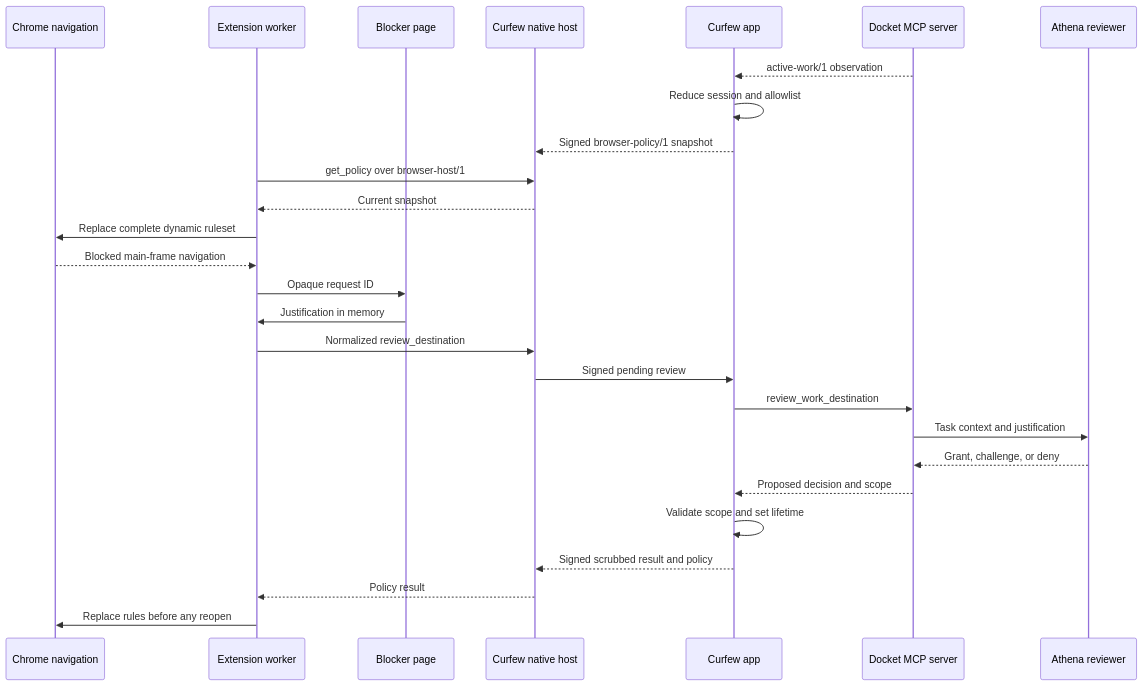
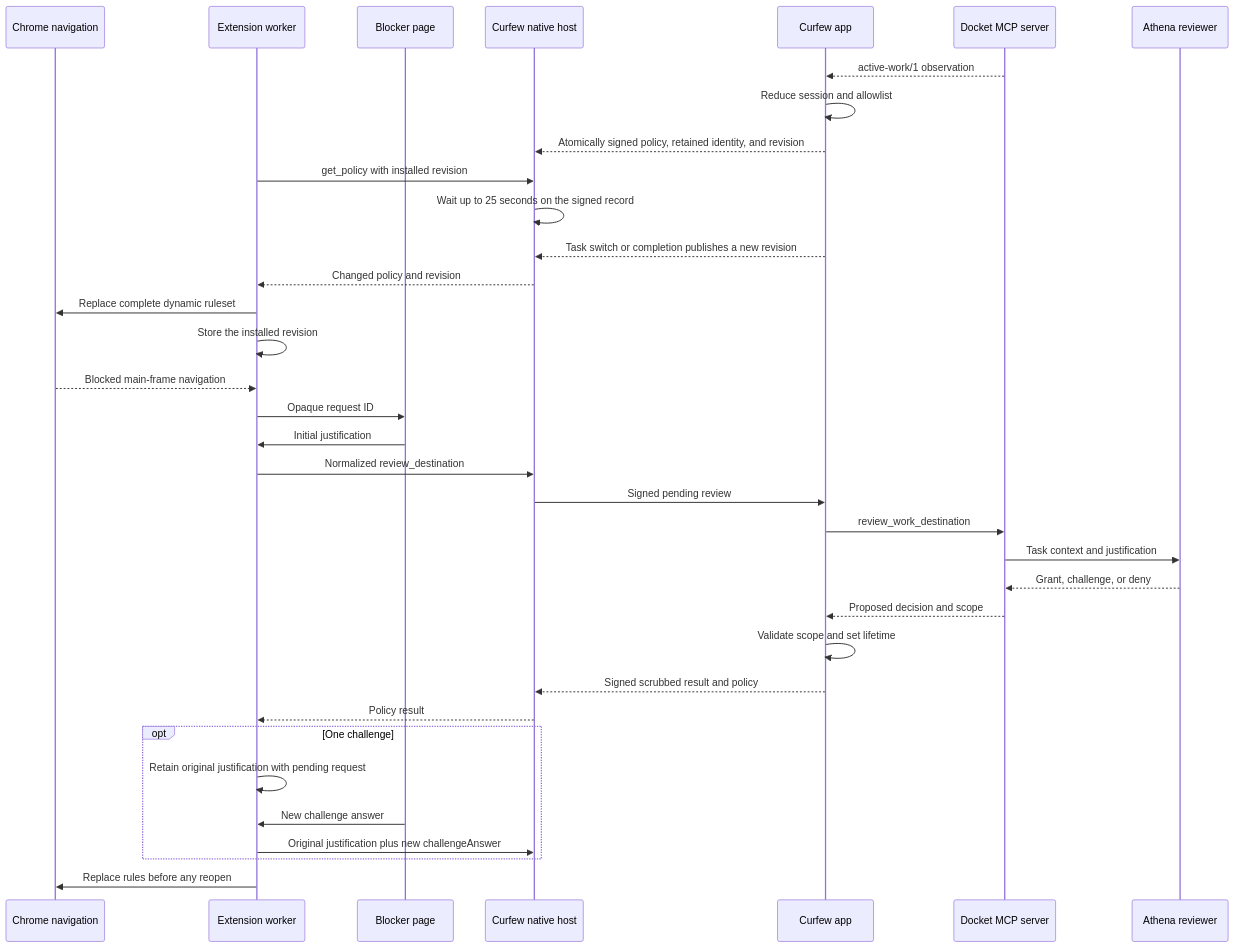
Before and after one commit to TheHypertextStudio/curfew: the diagram in Documentation/browser-policy-sequence.mmd, drawn with Mermaid. The commit also changed 25 other files, not shown here.

```diff
--- a/Documentation/browser-policy-sequence.mmd
+++ b/Documentation/browser-policy-sequence.mmd
@@ -1,28 +1,36 @@
 sequenceDiagram
     participant Chrome as Chrome navigation
     participant Extension as Extension worker
     participant Blocker as Blocker page
     participant Host as Curfew native host
     participant Curfew as Curfew app
     participant Docket as Docket MCP server
     participant Athena as Athena reviewer
 
     Docket-->>Curfew: active-work/1 observation
     Curfew->>Curfew: Reduce session and allowlist
-    Curfew-->>Host: Signed browser-policy/1 snapshot
-    Extension->>Host: get_policy over browser-host/1
-    Host-->>Extension: Current snapshot
+    Curfew-->>Host: Atomically signed policy, retained identity, and revision
+    Extension->>Host: get_policy with installed revision
+    Host->>Host: Wait up to 25 seconds on the signed record
+    Curfew-->>Host: Task switch or completion publishes a new revision
+    Host-->>Extension: Changed policy and revision
     Extension->>Chrome: Replace complete dynamic ruleset
+    Extension->>Extension: Store the installed revision
     Chrome-->>Extension: Blocked main-frame navigation
     Extension->>Blocker: Opaque request ID
-    Blocker->>Extension: Justification in memory
+    Blocker->>Extension: Initial justification
     Extension->>Host: Normalized review_destination
     Host->>Curfew: Signed pending review
     Curfew->>Docket: review_work_destination
     Docket->>Athena: Task context and justification
     Athena-->>Docket: Grant, challenge, or deny
     Docket-->>Curfew: Proposed decision and scope
     Curfew->>Curfew: Validate scope and set lifetime
     Curfew-->>Host: Signed scrubbed result and policy
     Host-->>Extension: Policy result
+    opt One challenge
+        Extension->>Extension: Retain original justification with pending request
+        Blocker->>Extension: New challenge answer
+        Extension->>Host: Original justification plus new challengeAnswer
+    end
     Extension->>Chrome: Replace rules before any reopen
```
